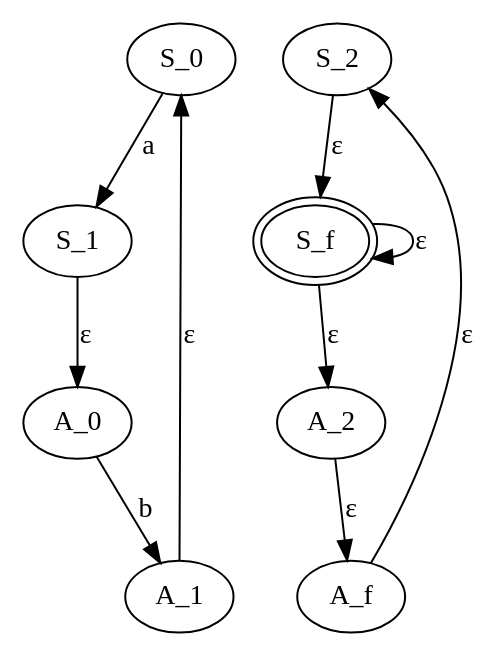
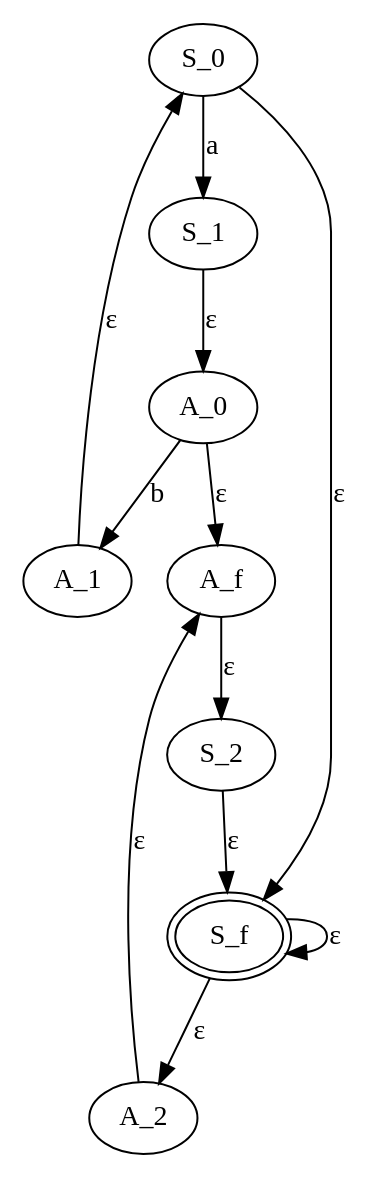
The diagram in toys/images/g022.fsa.dot (cmsmcq/gingersnap), drawn with Graphviz before and after one commit. The commit also changed 32 other files, not shown here.

```diff
--- a/toys/images/g022.fsa.dot
+++ b/toys/images/g022.fsa.dot
@@ -1,24 +1,26 @@
 digraph rgfsa {
   /* Circles-and-arrows diagram of FSA from right-regular grammar. 
      Generated by rg-to-dot.xsl.
      Input:file:/Users/cmsmcq/2021/gingersnap/toys/g022.fsa.xml
-     Generated:2021-01-17T11:36:21.859005-07:00 */
+     Generated:2021-01-17T12:43:08.856295-07:00 */
 
 S_0 [label="S_0"]
 S_1 [label="S_1"]
 S_2 [label="S_2"]
 S_f [label="S_f" peripheries=2]
 A_0 [label="A_0"]
 A_1 [label="A_1"]
 A_2 [label="A_2"]
 A_f [label="A_f"]
 S_0 -> S_1 [label="a"];
+S_0 -> S_f [label="ε"];
 S_1 -> A_0 [label="ε"];
 S_2 -> S_f [label="ε"];
 S_f -> A_2 [label="ε"];
 S_f -> S_f [label="ε"];
 A_0 -> A_1 [label="b"];
+A_0 -> A_f [label="ε"];
 A_1 -> S_0 [label="ε"];
 A_2 -> A_f [label="ε"];
 A_f -> S_2 [label="ε"];
 }
```
